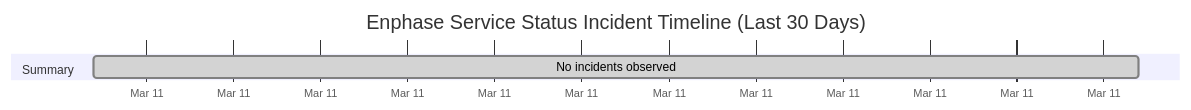
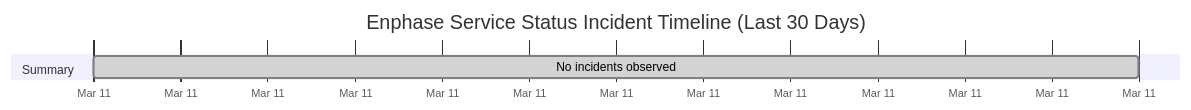
One commit to barneyonline/ha-enphase-ev-charger changed the diagram in wiki/Service-Status-History.md. Above: the diagram before and after it, drawn with Mermaid. The commit also changed other lines of this file and 3 other files, not shown here.

````diff
--- a/wiki/Service-Status-History.md
+++ b/wiki/Service-Status-History.md
@@ -14,8 +14,8 @@
 ```mermaid
 gantt
     title Enphase Service Status Incident Timeline (Last 30 Days)
     dateFormat  YYYY-MM-DDTHH:mm:ss
     axisFormat  %b %d
     section Summary
-    No incidents observed :done, 2026-03-11T10:29:57, 1m
+    No incidents observed :done, 2026-03-11T11:26:30, 1m
 ```
````
